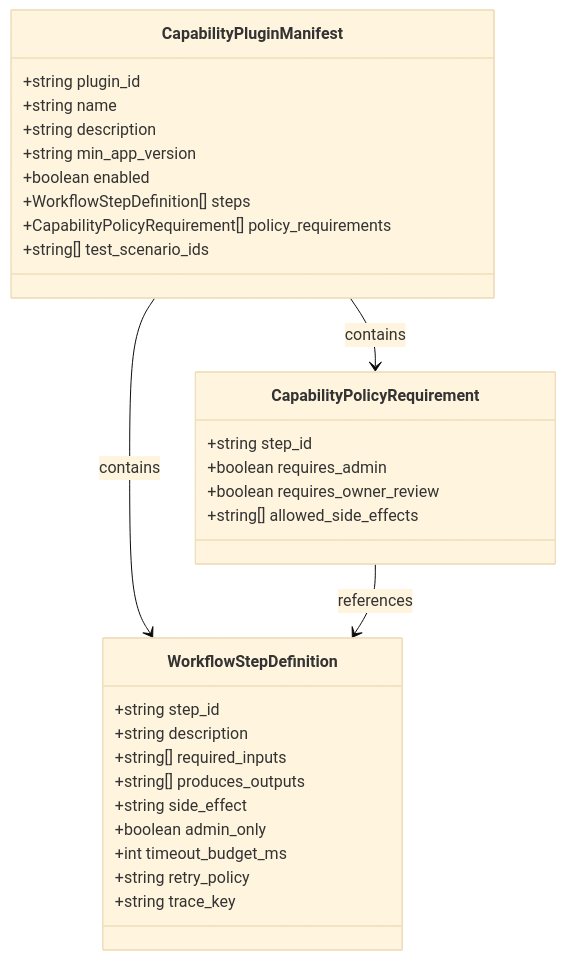
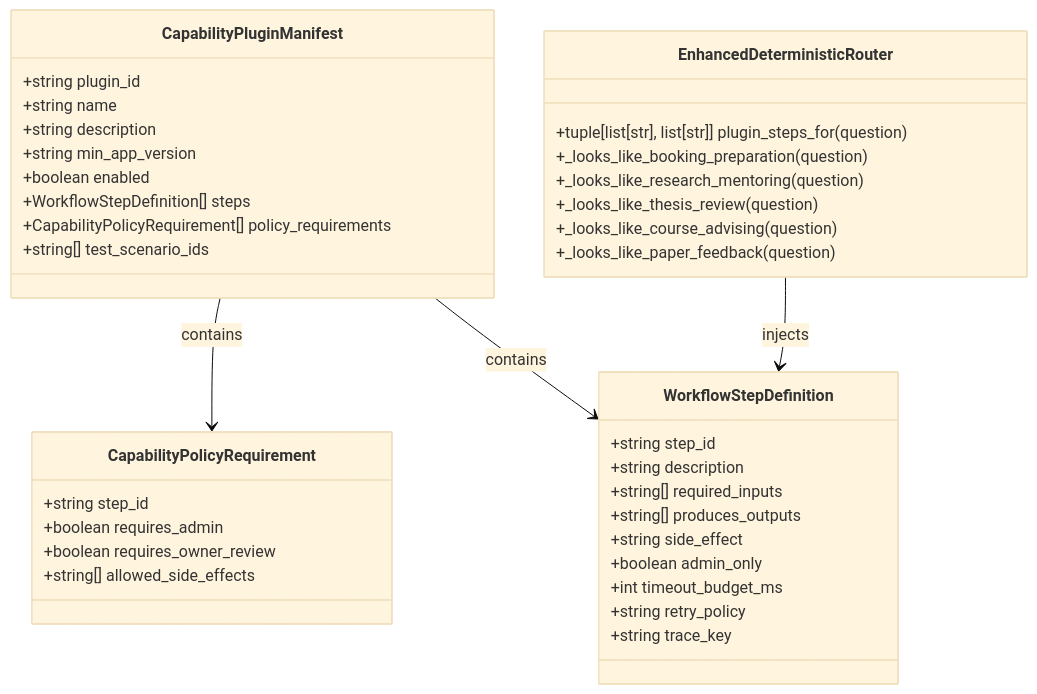
Before and after one commit to intellistream/sage-mate: the second of 12 diagrams in .qoder/repowiki/en/content/Integration and Extensions/Capability Plugin System.md, drawn with Mermaid (base theme). The commit also changed other lines of this file and 136 other files, not shown here.

First line of the commit message:
chore: source updates, bidirectional link graph, data and repowiki refresh

````diff
--- a/.qoder/repowiki/en/content/Integration and Extensions/Capability Plugin System.md
+++ b/.qoder/repowiki/en/content/Integration and Extensions/Capability Plugin System.md
@@ -90,33 +113,41 @@
 ```mermaid
 classDiagram
 class CapabilityPluginManifest {
 +string plugin_id
 +string name
 +string description
 +string min_app_version
 +boolean enabled
 +WorkflowStepDefinition[] steps
 +CapabilityPolicyRequirement[] policy_requirements
 +string[] test_scenario_ids
 }
 class CapabilityPolicyRequirement {
 +string step_id
 +boolean requires_admin
 +boolean requires_owner_review
 +string[] allowed_side_effects
 }
 class WorkflowStepDefinition {
 +string step_id
 +string description
 +string[] required_inputs
 +string[] produces_outputs
 +string side_effect
 +boolean admin_only
 +int timeout_budget_ms
 +string retry_policy
 +string trace_key
 }
+class EnhancedDeterministicRouter {
++tuple[list[str], list[str]] plugin_steps_for(question)
++_looks_like_booking_preparation(question)
++_looks_like_research_mentoring(question)
++_looks_like_thesis_review(question)
++_looks_like_course_advising(question)
++_looks_like_paper_feedback(question)
+}
 CapabilityPluginManifest --> CapabilityPolicyRequirement : contains
 CapabilityPluginManifest --> WorkflowStepDefinition : contains
-CapabilityPolicyRequirement --> WorkflowStepDefinition : references
+EnhancedDeterministicRouter --> WorkflowStepDefinition : injects
 ```
````
